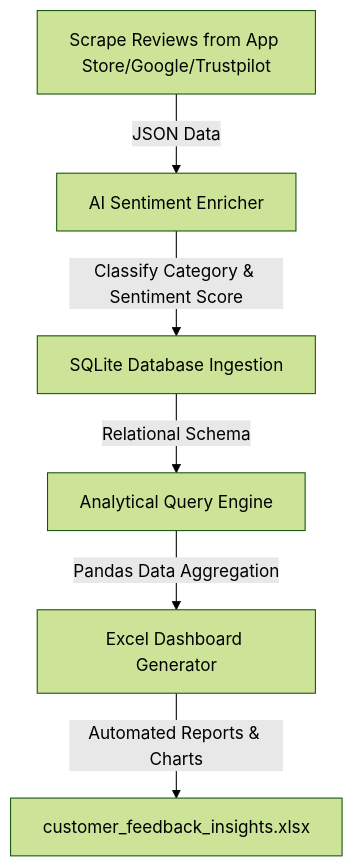
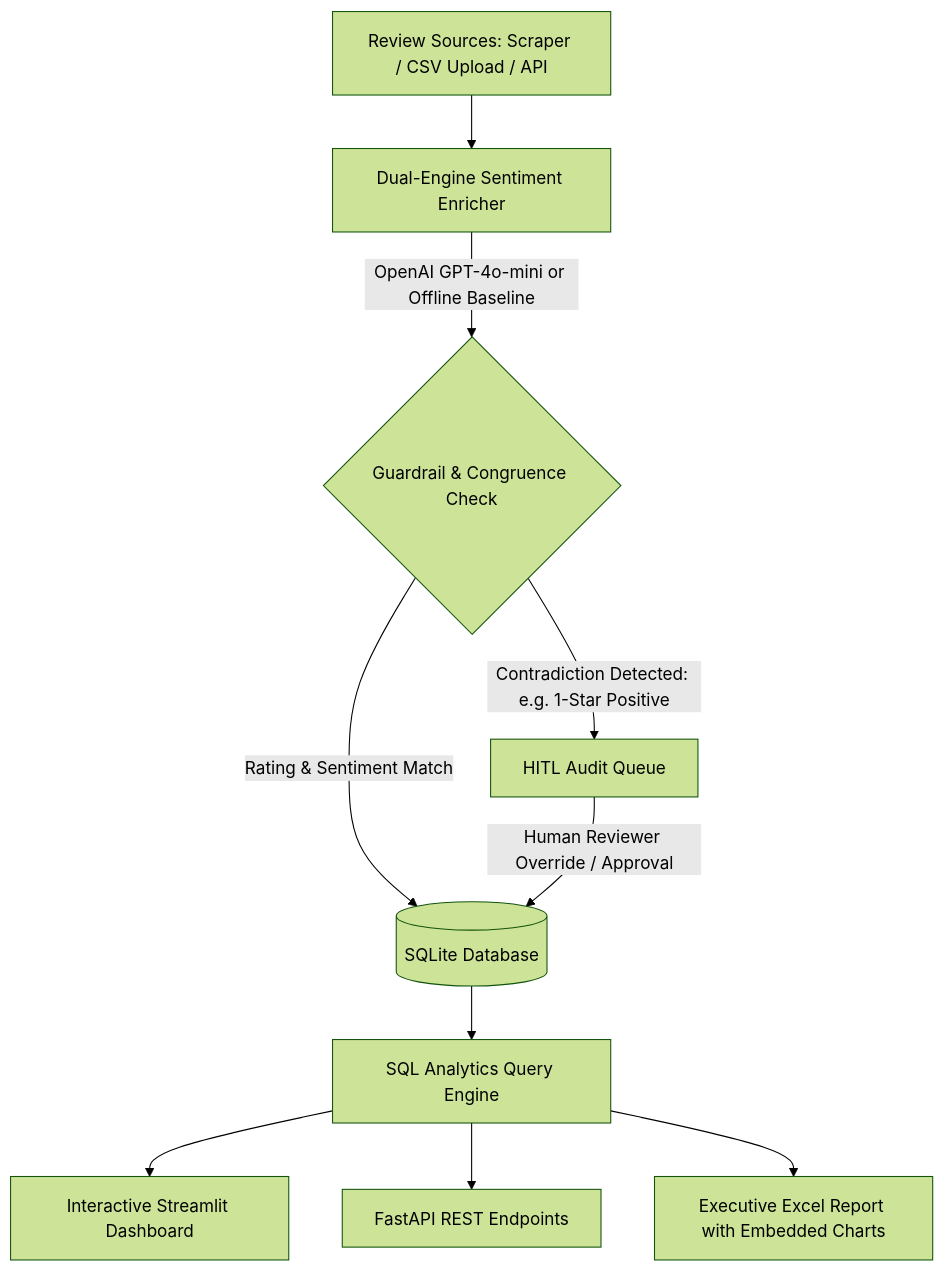
The diagram in README.md (saketh2218/ai-customer-feedback-pipeline.), drawn with Mermaid (forest theme) before and after one commit. The commit also changed other lines of this file and 19 other files, not shown here.

Commit message:
feat: add FastAPI service, interactive dashboard, Docker support, and test suite

````diff
--- a/README.md
+++ b/README.md
@@ -9,8 +11,12 @@
 ```mermaid
 graph TD
-    A[Scrape Reviews from App Store/Google/Trustpilot] -->|JSON Data| B[AI Sentiment Enricher]
-    B -->|Classify Category & Sentiment Score| C[SQLite Database Ingestion]
-    C -->|Relational Schema| D[Analytical Query Engine]
-    D -->|Pandas Data Aggregation| E[Excel Dashboard Generator]
-    E -->|Automated Reports & Charts| F[customer_feedback_insights.xlsx]
+    A[Review Sources: Scraper / CSV Upload / API] --> B[Dual-Engine Sentiment Enricher]
+    B -->|OpenAI GPT-4o-mini or Offline Baseline| C{Guardrail & Congruence Check}
+    C -->|Rating & Sentiment Match| D[(SQLite Database)]
+    C -->|Contradiction Detected: e.g. 1-Star Positive| E[HITL Audit Queue]
+    E -->|Human Reviewer Override / Approval| D
+    D --> F[SQL Analytics Query Engine]
+    F --> G[Interactive Streamlit Dashboard]
+    F --> H[FastAPI REST Endpoints]
+    F --> I[Executive Excel Report with Embedded Charts]
 ```
````
